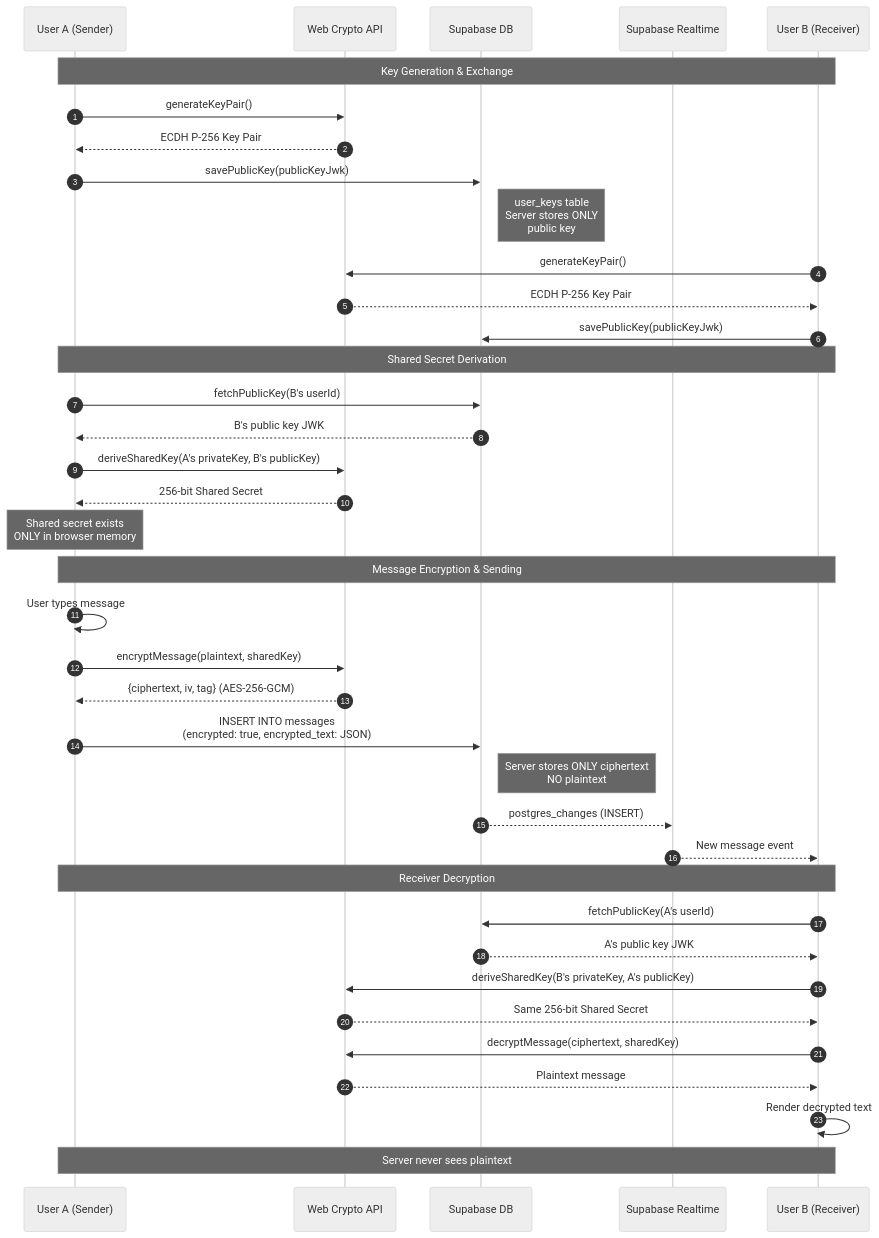
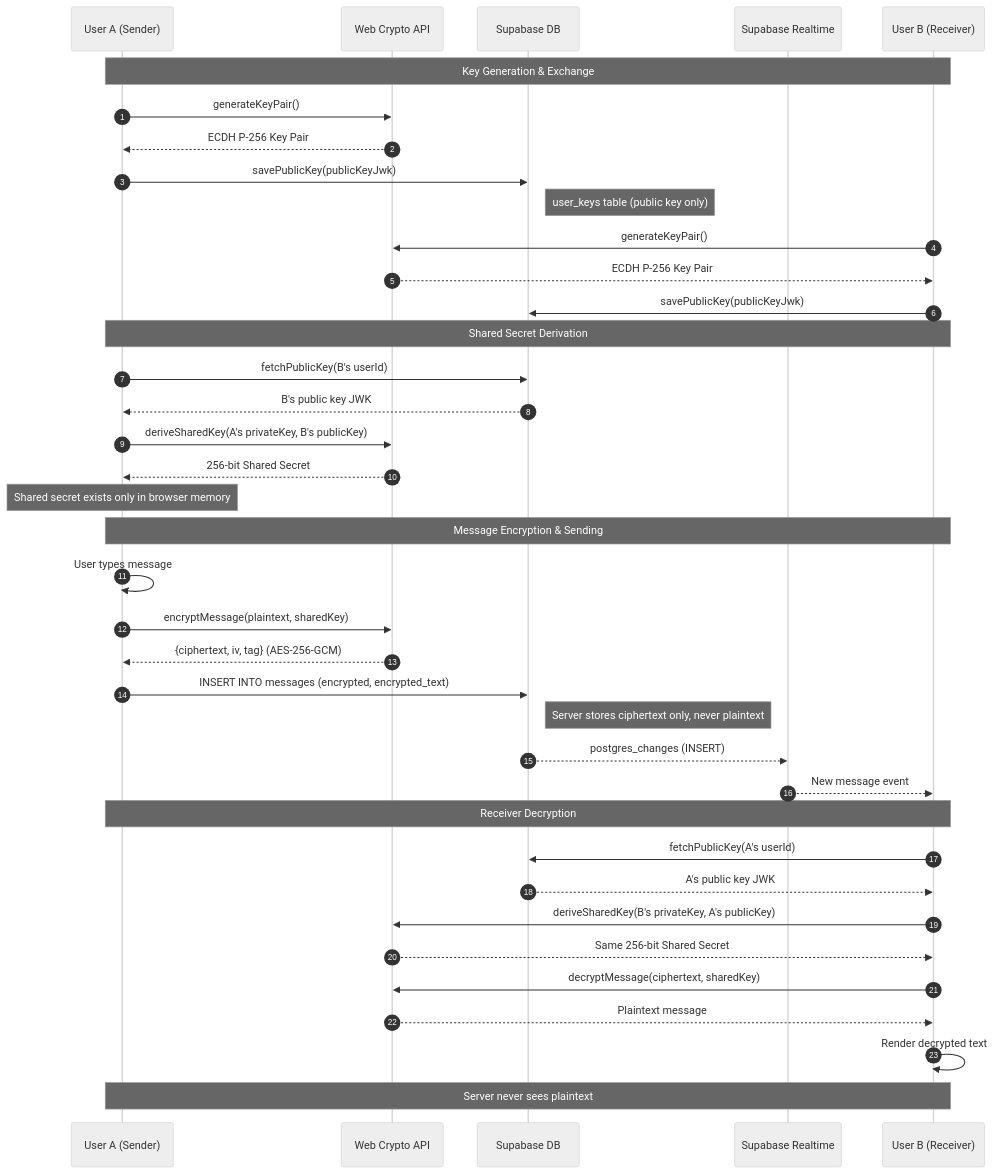
One commit to VishnuSreeVidya/NodeTalk changed the third of 7 diagrams in README.md. Above: the diagram before and after it, drawn with Mermaid (neutral theme). The commit also changed other lines of this file, not shown here.

First line of the commit message:
fix: replace HTML entities and br tags in Mermaid diagrams

````diff
--- a/README.md
+++ b/README.md
@@ -382,51 +382,51 @@
 ```mermaid
 sequenceDiagram
     autonumber
     participant A as User A (Sender)
     participant WC as Web Crypto API
     participant DB as Supabase DB
     participant RT as Supabase Realtime
     participant B as User B (Receiver)
 
     Note over A,B: Key Generation & Exchange
 
     A->>WC: generateKeyPair()
     WC-->>A: ECDH P-256 Key Pair
     A->>DB: savePublicKey(publicKeyJwk)
-    Note right of DB: user_keys table<br/>Server stores ONLY<br/>public key
+    Note right of DB: user_keys table (public key only)
 
     B->>WC: generateKeyPair()
     WC-->>B: ECDH P-256 Key Pair
     B->>DB: savePublicKey(publicKeyJwk)
 
     Note over A,B: Shared Secret Derivation
 
     A->>DB: fetchPublicKey(B's userId)
     DB-->>A: B's public key JWK
     A->>WC: deriveSharedKey(A's privateKey, B's publicKey)
     WC-->>A: 256-bit Shared Secret
-    Note over A: Shared secret exists<br/>ONLY in browser memory
+    Note over A: Shared secret exists only in browser memory
 
     Note over A,B: Message Encryption & Sending
 
     A->>A: User types message
     A->>WC: encryptMessage(plaintext, sharedKey)
     WC-->>A: {ciphertext, iv, tag} (AES-256-GCM)
-    A->>DB: INSERT INTO messages<br/>(encrypted: true, encrypted_text: JSON)
-    Note right of DB: Server stores ONLY ciphertext<br/>NO plaintext
+    A->>DB: INSERT INTO messages (encrypted, encrypted_text)
+    Note right of DB: Server stores ciphertext only, never plaintext
 
     DB-->>RT: postgres_changes (INSERT)
     RT-->>B: New message event
 
     Note over A,B: Receiver Decryption
 
     B->>DB: fetchPublicKey(A's userId)
     DB-->>B: A's public key JWK
     B->>WC: deriveSharedKey(B's privateKey, A's publicKey)
     WC-->>B: Same 256-bit Shared Secret
     B->>WC: decryptMessage(ciphertext, sharedKey)
     WC-->>B: Plaintext message
     B->>B: Render decrypted text
 
     Note over A,B: Server never sees plaintext
 ```
````
